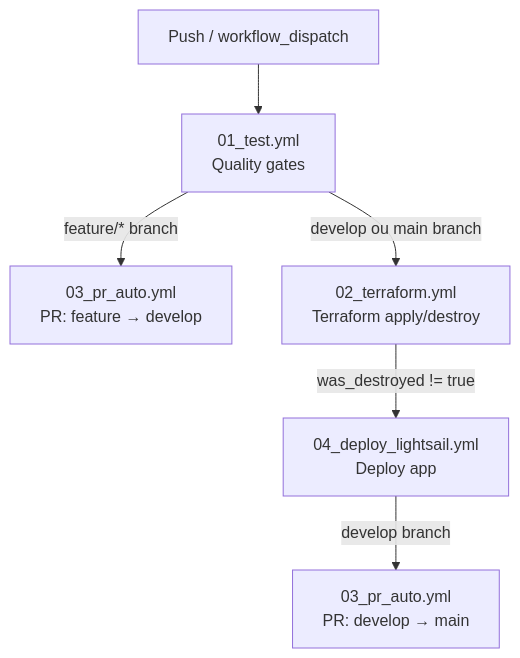
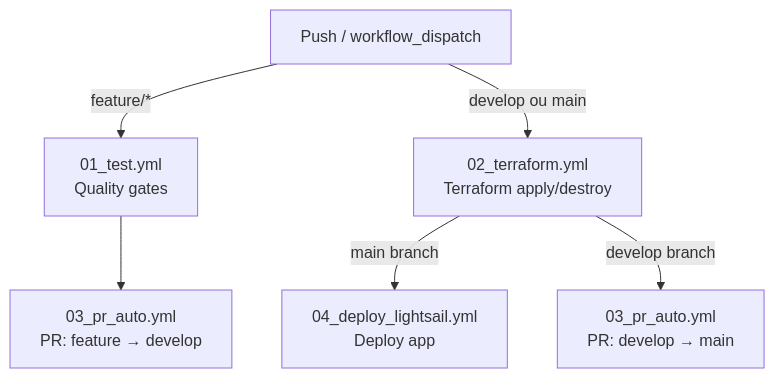
Before and after one commit to lucas-soares-galvao/proj-eng-dados-filmes-aws: the diagram in .github/workflow.md, drawn with Mermaid. The commit also changed other lines of this file and 4 other files, not shown here.

````diff
--- a/.github/workflow.md
+++ b/.github/workflow.md
@@ -16,10 +16,11 @@
 ```mermaid
 flowchart TD
-    PUSH["Push / workflow_dispatch"] --> TEST["01_test.yml\nQuality gates"]
+    PUSH["Push / workflow_dispatch"]
 
-    TEST -->|feature/* branch| PR_FEAT["03_pr_auto.yml\nPR: feature → develop"]
-    TEST -->|develop ou main branch| TF["02_terraform.yml\nTerraform apply/destroy"]
+    PUSH -->|feature/*| TEST["01_test.yml\nQuality gates"]
+    PUSH -->|develop ou main| TF["02_terraform.yml\nTerraform apply/destroy"]
 
-    TF -->|was_destroyed != true| DEPLOY["04_deploy_lightsail.yml\nDeploy app"]
-    DEPLOY -->|develop branch| PR_ENV["03_pr_auto.yml\nPR: develop → main"]
+    TEST --> PR_FEAT["03_pr_auto.yml\nPR: feature → develop"]
+    TF -->|main branch| DEPLOY["04_deploy_lightsail.yml\nDeploy app"]
+    TF -->|develop branch| PR_ENV["03_pr_auto.yml\nPR: develop → main"]
 ```
````
